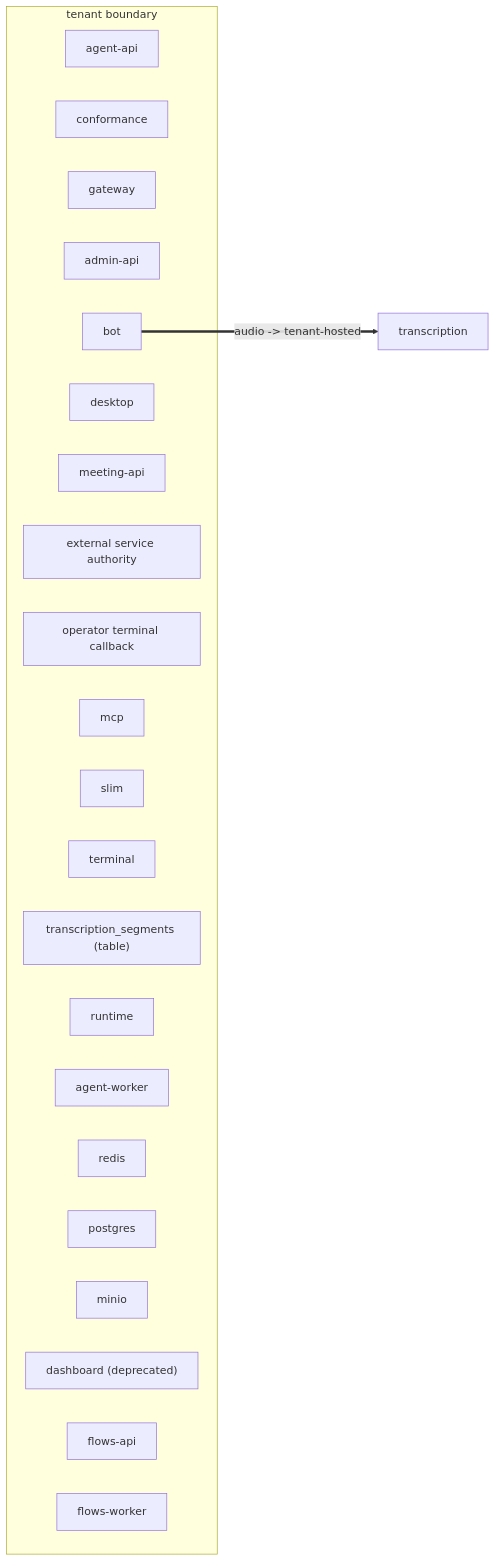
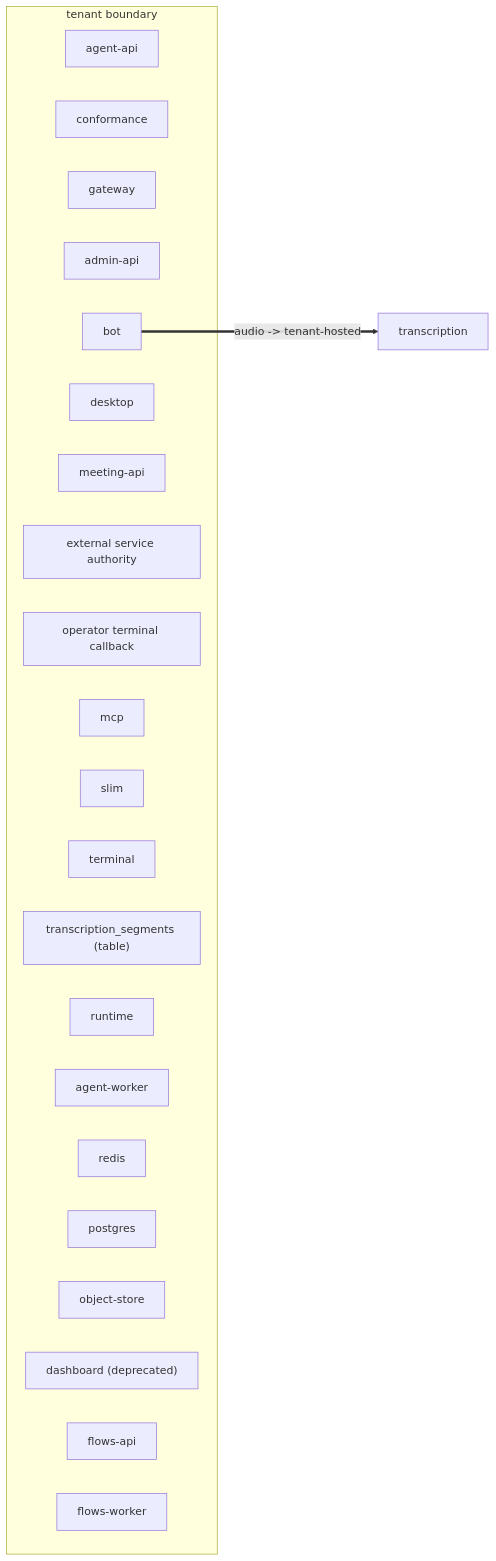
One commit to Vexa-ai/vexa-core changed the diagram in docs/views/egress.mmd. Above: the diagram before and after it, drawn with Mermaid. The commit also changed 69 other files, not shown here.

```diff
--- a/docs/views/egress.mmd
+++ b/docs/views/egress.mmd
@@ -1,27 +1,27 @@
 %% GENERATED — pnpm arch:dsl --write
 flowchart LR
   subgraph tenant["tenant boundary"]
     agent_api["agent-api"]
     conformance["conformance"]
     gateway["gateway"]
     admin_api["admin-api"]
     bot["bot"]
     desktop["desktop"]
     meeting_api["meeting-api"]
     service_authority["external service authority"]
     system_webhook["operator terminal callback"]
     mcp["mcp"]
     slim["slim"]
     terminal["terminal"]
     segments_table["transcription_segments (table)"]
     runtime["runtime"]
     agent_worker["agent-worker"]
     redis["redis"]
     postgres["postgres"]
-    minio["minio"]
+    object_store["object-store"]
     dashboard["dashboard (deprecated)"]
     flows_api["flows-api"]
     flows_worker["flows-worker"]
   end
   transcription["transcription"]
   bot ==>|"audio -> tenant-hosted"| transcription
```
